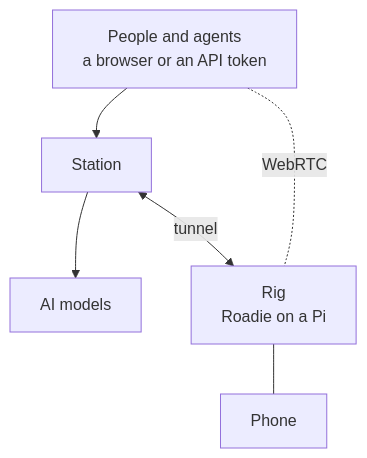
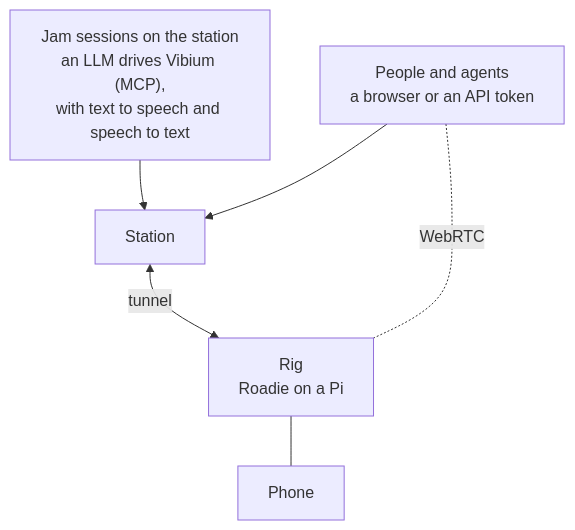
Before and after one commit to VibiumDev/station: the diagram in README.md, drawn with Mermaid. The commit also changed other lines of this file, not shown here.

Commit message:
README: jam sessions in the diagram, an LLM driving Vibium with speech

````diff
--- a/README.md
+++ b/README.md
@@ -12,14 +12,14 @@
 ```mermaid
 flowchart TB
+    J["Jam sessions on the station<br/>an LLM drives Vibium (MCP),<br/>with text to speech and speech to text"]
     C["People and agents<br/>a browser or an API token"]
     S["Station"]
-    M["AI models"]
     R["Rig<br/>Roadie on a Pi"]
     D["Phone"]
 
+    J --> S
     C --> S
-    S --> M
     S <-- "tunnel" --> R
     R --- D
     C -. "WebRTC" .- R
 ```
````
